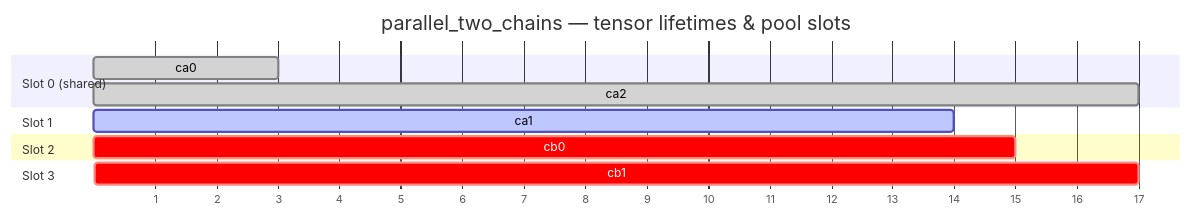
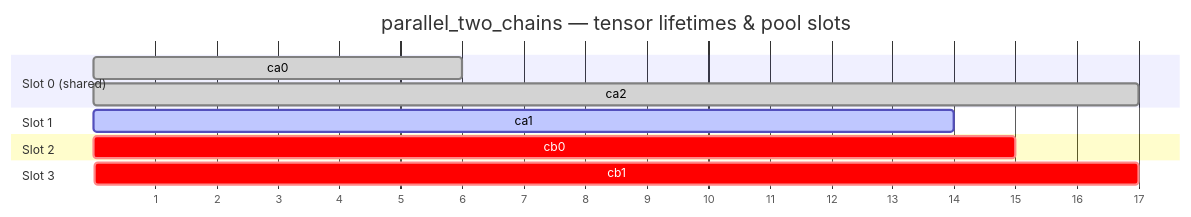
One commit to phoenix367/cormorant changed the sixth of 7 diagrams in inference-scheduler/doc/SCHEDULER_DAG.md. Above: the diagram before and after it, drawn with Mermaid. The commit also changed other lines of this file and 34 other files, not shown here.

````diff
--- a/inference-scheduler/doc/SCHEDULER_DAG.md
+++ b/inference-scheduler/doc/SCHEDULER_DAG.md
@@ -559,19 +584,19 @@
 ```mermaid
 gantt
     title parallel_two_chains — tensor lifetimes & pool slots
     dateFormat X
     axisFormat %s
 
     section Slot 0 (shared)
-    ca0   :done,   1, 3
+    ca0   :done,   1, 6
     ca2   :done,   7, 17
 
     section Slot 1
     ca1   :active, 4, 14
 
     section Slot 2
     cb0   :crit,   9, 15
 
     section Slot 3
     cb1   :crit,   12, 17
 ```
````
